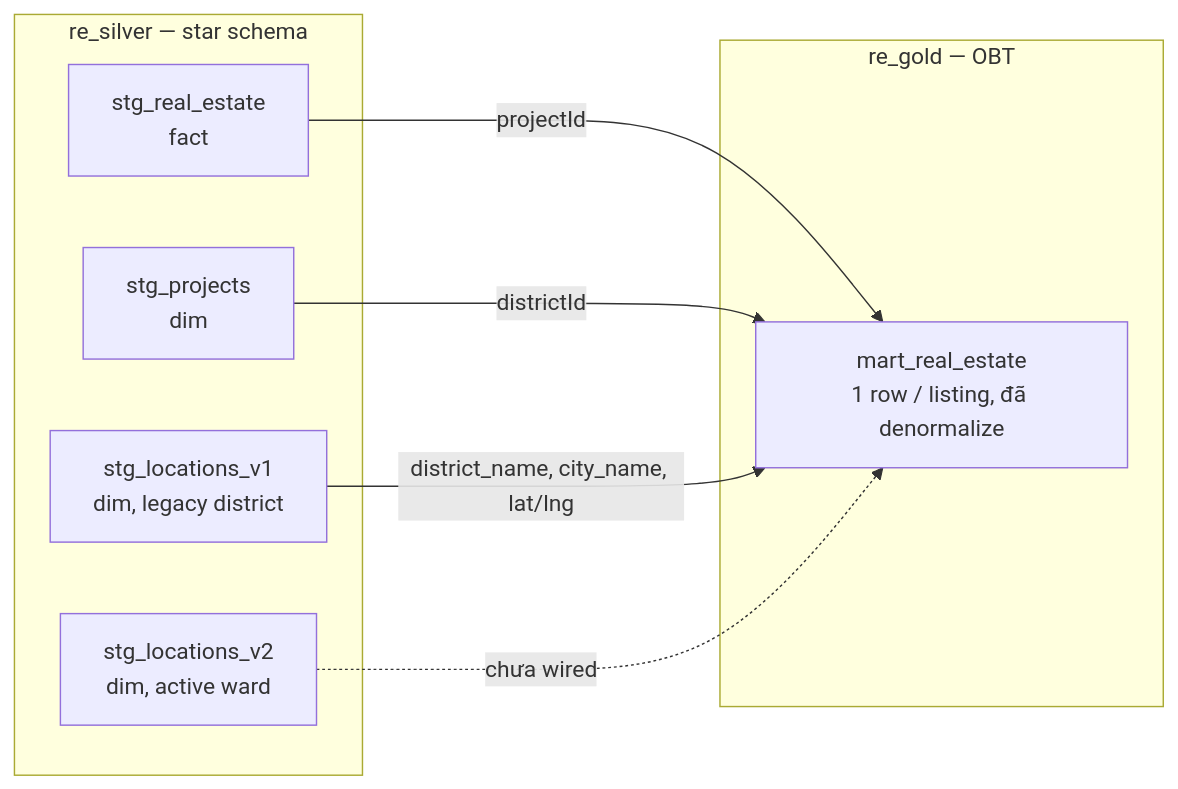
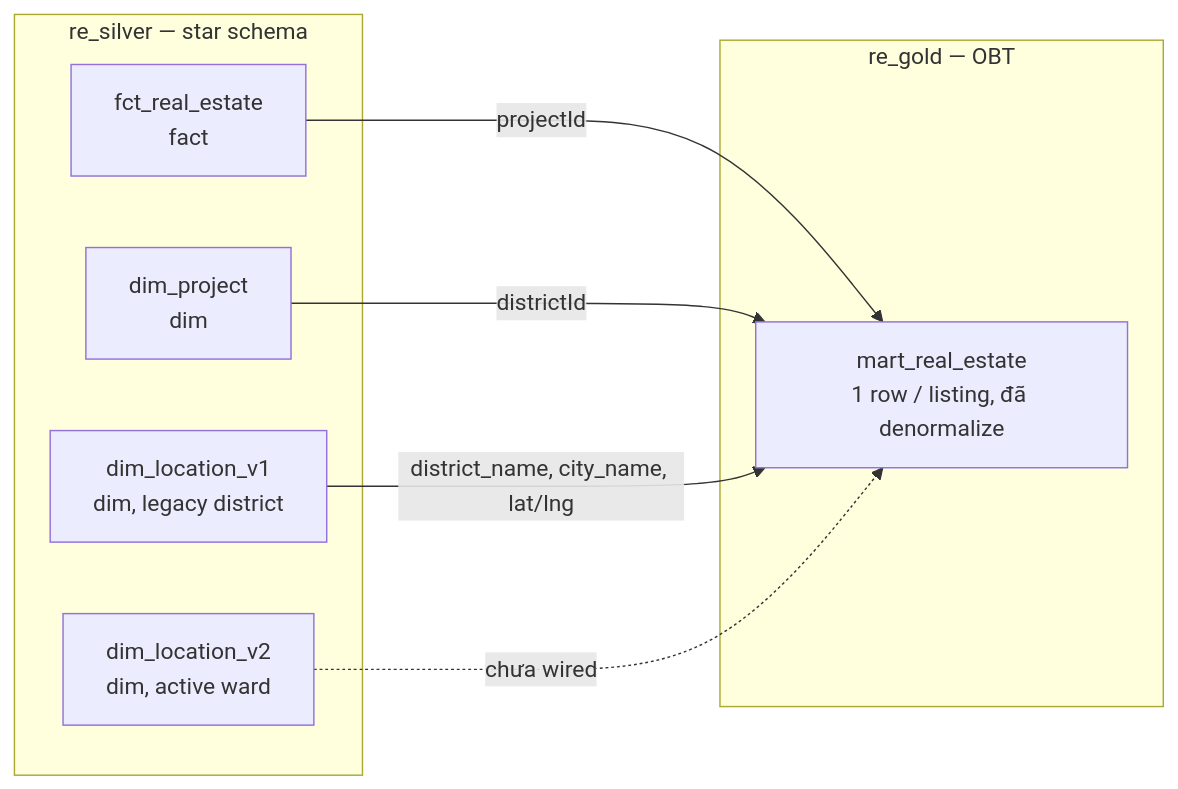
One commit to DataSpi/scrape-batdongsan-data changed the second of 2 diagrams in docs/data-modeling.md. Above: the diagram before and after it, drawn with Mermaid. The commit also changed other lines of this file and 37 other files, not shown here.

First line of the commit message:
refactor: standardize re_bronze/re_silver naming to fct_/dim_, drop j_ script prefix

````diff
--- a/docs/data-modeling.md
+++ b/docs/data-modeling.md
@@ -63,18 +63,18 @@
 ```mermaid
 flowchart LR
     subgraph Silver["re_silver — star schema"]
-        F[stg_real_estate<br/>fact]
-        P[stg_projects<br/>dim]
-        L1[stg_locations_v1<br/>dim, legacy district]
-        L2[stg_locations_v2<br/>dim, active ward]
+        F[fct_real_estate<br/>fact]
+        P[dim_project<br/>dim]
+        L1[dim_location_v1<br/>dim, legacy district]
+        L2[dim_location_v2<br/>dim, active ward]
     end
 
     subgraph Gold["re_gold — OBT"]
         M[mart_real_estate<br/>1 row / listing, đã denormalize]
     end
 
     F -->|projectId| M
     P -->|districtId| M
     L1 -->|district_name, city_name, lat/lng| M
     L2 -.chưa wired.-> M
 ```
````
